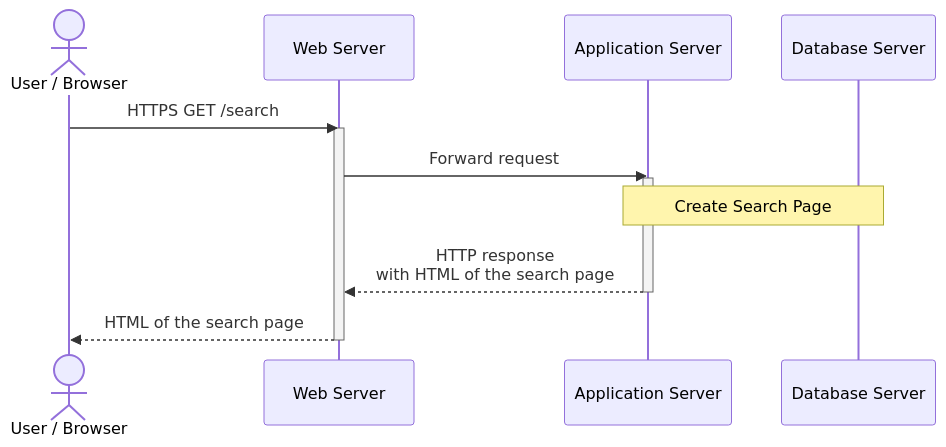
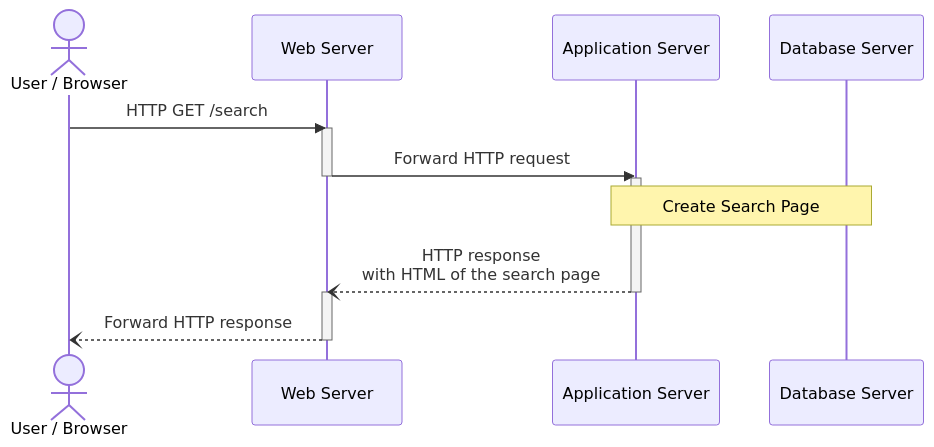
The second of 3 diagrams in A1/Search-SequenceDiagram.md (ahmadxzaki/SOFT437), drawn with Mermaid before and after one commit. The commit also changed other lines of this file and 6 other files, not shown here.

````diff
--- a/A1/Search-SequenceDiagram.md
+++ b/A1/Search-SequenceDiagram.md
@@ -99,17 +99,19 @@
 ```mermaid
 sequenceDiagram
     actor U as User / Browser
     participant W as Web Server
-    participant H as Application Server
+    participant A as Application Server
     participant DB as Database Server
 
-    U->>W: HTTPS GET /search
+    U->>W: HTTP GET /search
     activate W
-    W->>H: Forward request
-    activate H
-    note over H, DB: Create Search Page
-    H-->>W: HTTP response <br> with HTML of the search page
-    deactivate H
-    W-->>U: HTML of the search page
+    W->>A: Forward HTTP request
+    deactivate W
+    activate A
+    note over A, DB: Create Search Page
+    A--)W: HTTP response <br> with HTML of the search page
+    deactivate A
+    activate W
+    W--)U: Forward HTTP response
     deactivate W
 ```
````
